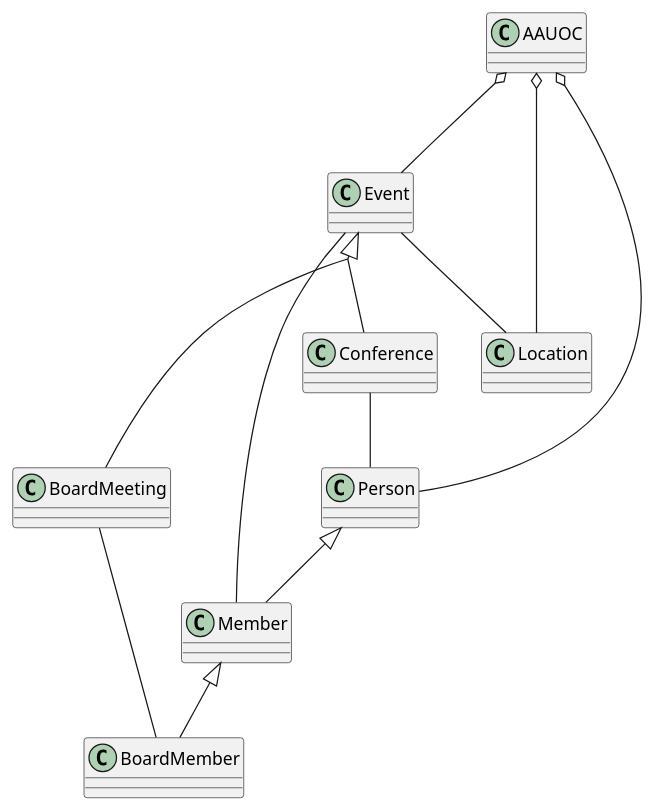
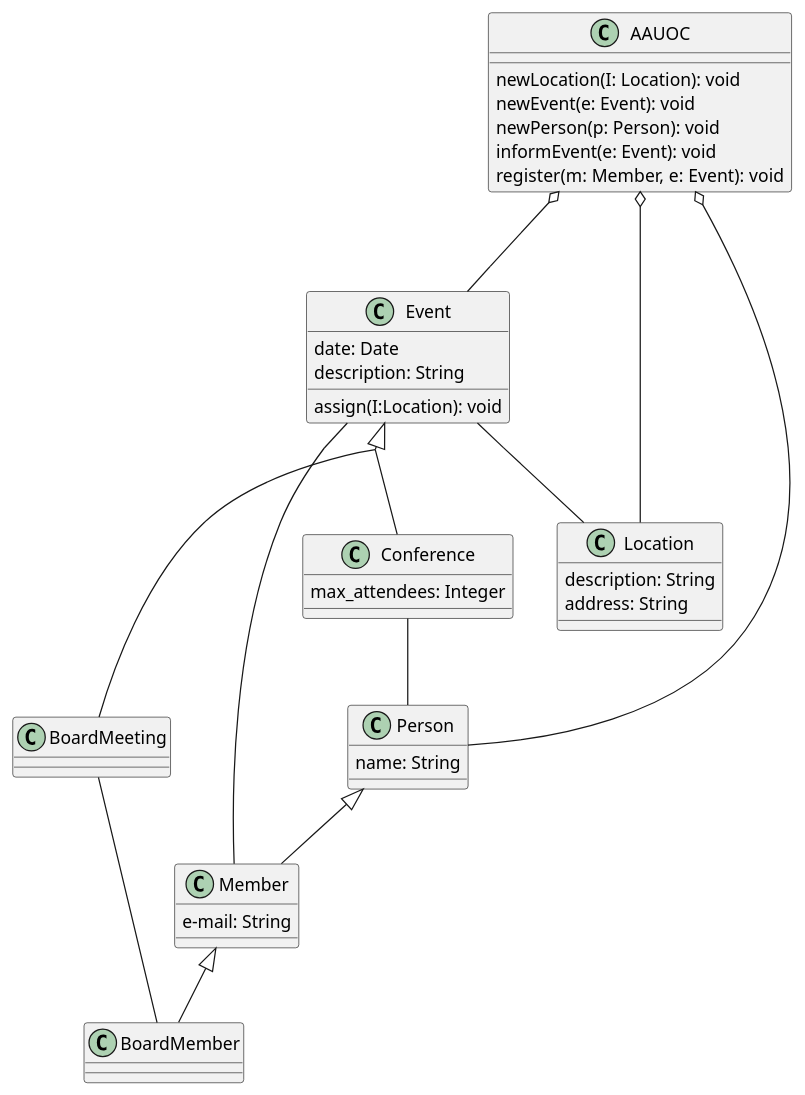
One commit to valencodes/UMLClases_Daniela_Valentina_Galeote_Calderon changed the diagram in PlantUML_UD11_DVGC/src/UML_UD11_DVGC.puml. Above: the diagram before and after it, drawn with PlantUML. The commit also changed 1 other file, not shown here.

```diff
--- a/PlantUML_UD11_DVGC/src/UML_UD11_DVGC.puml
+++ b/PlantUML_UD11_DVGC/src/UML_UD11_DVGC.puml
@@ -1,26 +1,52 @@
 @startuml
 class Member
 class BoardMember
 class Event
 class Conference
 class BoardMeeting
 class Location
 class Person
 class AAUOC
 
 skinparam groupInheritance 2
 Event <|-- Conference
 Event <|-- BoardMeeting
 
 Person <|-- Member
 Member <|-- BoardMember
 AAUOC o-- Location
 AAUOC o-- Person
 AAUOC o-- Event
 Event -- Location
 BoardMeeting -- BoardMember
 Conference -- Person
 Event -- Member
 
+class AAUOC {
+  newLocation(I: Location): void
+  newEvent(e: Event): void
+  newPerson(p: Person): void
+  informEvent(e: Event): void
+  register(m: Member, e: Event): void
+}
+class Location{
+    description: String
+    address: String
+}
+class Person{
+name: String
+}
+class Event{
+date: Date
+description: String
+assign(I:Location): void
+}
+class Member{
+e-mail: String
+}
+class Conference{
+max_attendees: Integer
+}
+
 
 @enduml
```
